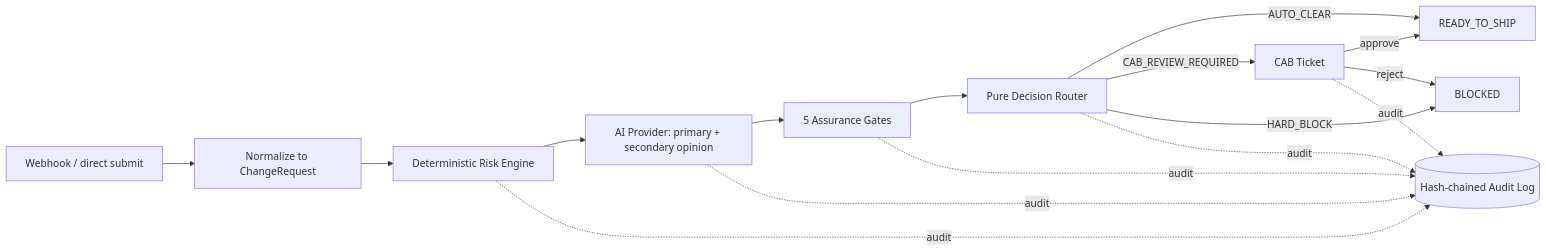
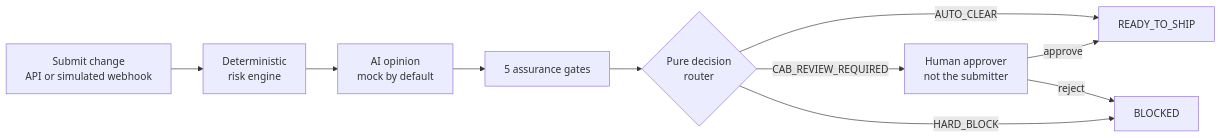
The diagram in README.md (Oren1984/ChangeGuard-AI-MultiCloud), drawn with Mermaid before and after one commit. The commit also changed other lines of this file and 17 other files, not shown here.

````diff
--- a/README.md
+++ b/README.md
@@ -43,18 +23,12 @@
 ```mermaid
 flowchart LR
-    A[Webhook / direct submit] --> B[Normalize to ChangeRequest]
-    B --> C[Deterministic Risk Engine]
-    C --> D[AI Provider: primary + secondary opinion]
-    D --> E[5 Assurance Gates]
-    E --> F[Pure Decision Router]
-    F -->|AUTO_CLEAR| G[READY_TO_SHIP]
-    F -->|CAB_REVIEW_REQUIRED| H[CAB Ticket]
-    H -->|approve| G
-    H -->|reject| I[BLOCKED]
-    F -->|HARD_BLOCK| I
-    C -.audit.-> J[(Hash-chained Audit Log)]
-    D -.audit.-> J
-    E -.audit.-> J
-    F -.audit.-> J
-    H -.audit.-> J
+    A[Submit change<br/>API or simulated webhook] --> B[Deterministic<br/>risk engine]
+    B --> C[AI opinion<br/>mock by default]
+    C --> D[5 assurance gates]
+    D --> E{Pure decision<br/>router}
+    E -->|AUTO_CLEAR| F[READY_TO_SHIP]
+    E -->|CAB_REVIEW_REQUIRED| G[Human approver<br/>not the submitter]
+    E -->|HARD_BLOCK| H[BLOCKED]
+    G -->|approve| F
+    G -->|reject| H
 ```
````
